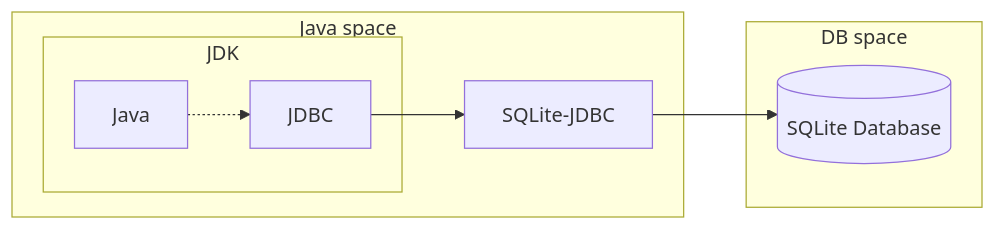
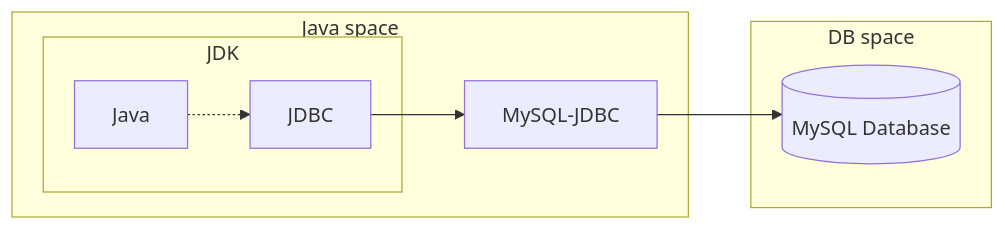
The first of 3 diagrams in content/apis/jdbc-jdbi.md (KULeuven-Diepenbeek/db-course), drawn with Mermaid before and after one commit. The commit also changed other lines of this file and 36 other files, not shown here.

```diff
--- a/content/apis/jdbc-jdbi.md
+++ b/content/apis/jdbc-jdbi.md
@@ -23,16 +14,16 @@
 {{<mermaid align="left">}}
 graph LR;
     Java[Java]
     JDBC[JDBC]
-    SQLITE[SQLite-JDBC]
-    DB[(SQLite Database)]
+    MYSQL[MySQL-JDBC]
+    DB[(MySQL Database)]
     subgraph Java space
     subgraph JDK
     Java -.-> JDBC
     end
-    JDBC --> SQLITE
+    JDBC --> MYSQL
     end
     subgraph DB space
-    SQLITE --> DB
+    MYSQL --> DB
     end
 {{< /mermaid >}}
```
